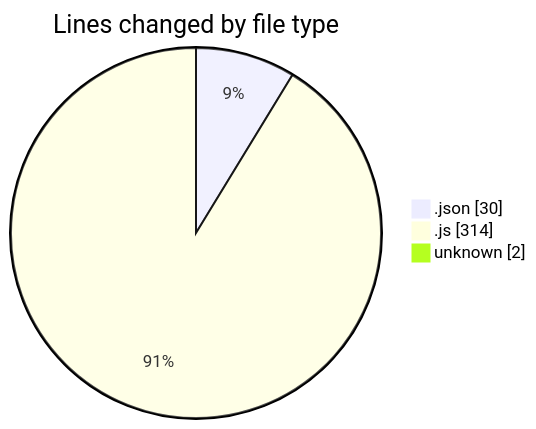
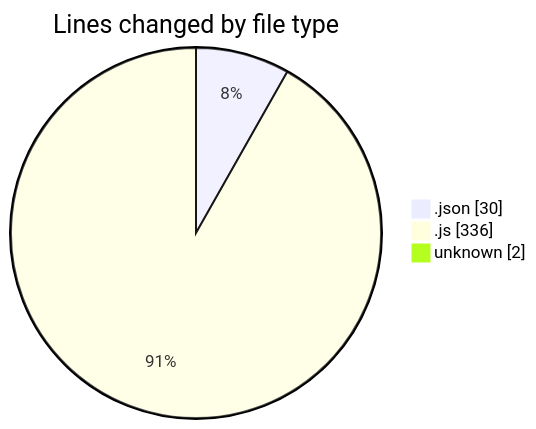
The first of 2 diagrams in 2025-07-16/mern-workoutboard/README.md (Ritupan-Deka/code-tracking), drawn with Mermaid before and after one commit. The commit also changed other lines of this file and 1 other file, not shown here.

````diff
--- a/2025-07-16/mern-workoutboard/README.md
+++ b/2025-07-16/mern-workoutboard/README.md
@@ -23,7 +23,7 @@
 ```mermaid
 pie showData
 title Lines changed by file type
 ".json" : 30
-".js" : 314
+".js" : 336
 "unknown" : 2
 ```
````
